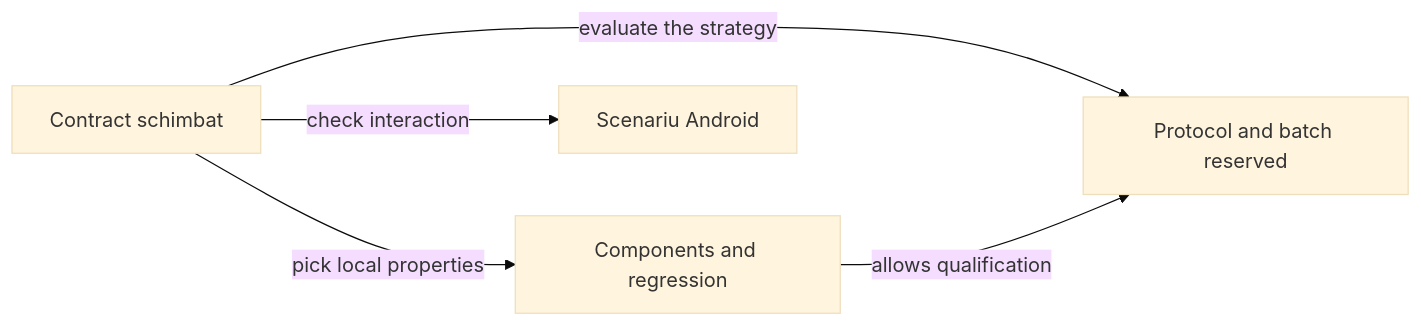
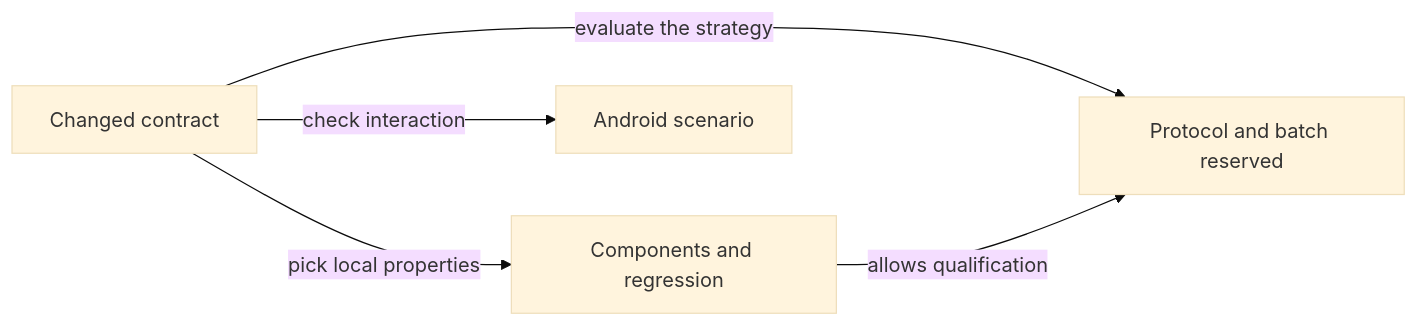
The diagram in docs/testing/ATF_Collections.md (crististefanita/atf_j4), drawn with Mermaid (base theme) before and after one commit. The commit also changed other lines of this file and 126 other files, not shown here.

````diff
--- a/docs/testing/ATF_Collections.md
+++ b/docs/testing/ATF_Collections.md
@@ -11,7 +11,7 @@
 ```mermaid
 flowchart LR
-    CHANGE[Contract schimbat] -->|pick local properties| COMPONENT[Components and regression]
+    CHANGE[Changed contract] -->|pick local properties| COMPONENT[Components and regression]
     CHANGE -->|evaluate the strategy| POLICY[Protocol and batch reserved]
-    CHANGE -->|check interaction| ANDROID[Scenariu Android]
+    CHANGE -->|check interaction| ANDROID[Android scenario]
     COMPONENT -->|allows qualification| POLICY
 ```
````
